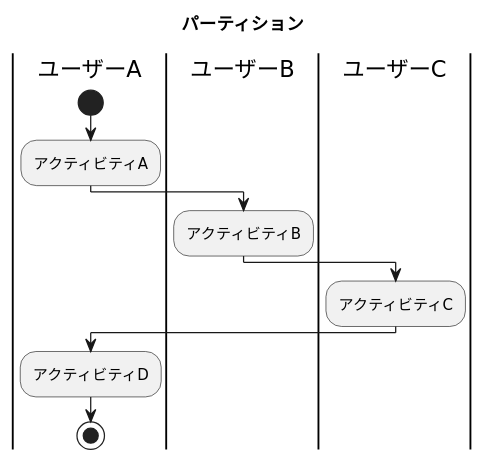
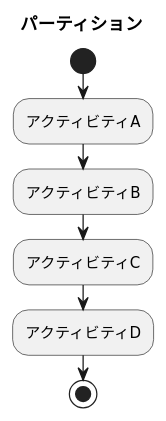
One commit to hosokawa3217/uml-exercises changed the diagram in 図7-9_スイムレーンで並列処理.pu. Above: the diagram before and after it, drawn with PlantUML. The commit also changed 13 other files, not shown here.

```diff
--- a/図7-9_スイムレーンで並列処理.pu
+++ b/図7-9_スイムレーンで並列処理.pu
@@ -1,20 +1,22 @@
-@startuml
+@startuml 図7-9 スイムレーンの例
 title パーティション
 
 |ユーザーA|
 
 start
 :アクティビティA;
+|ユーザーA|
 
-|ユーザーB|
+
+' |ユーザーB|
 :アクティビティB;
 
-|ユーザーC|
+' |ユーザーC|
 :アクティビティC;
 
-|ユーザーA|
+' |ユーザーA|
 :アクティビティD;
 
 stop
 
 @enduml
```
